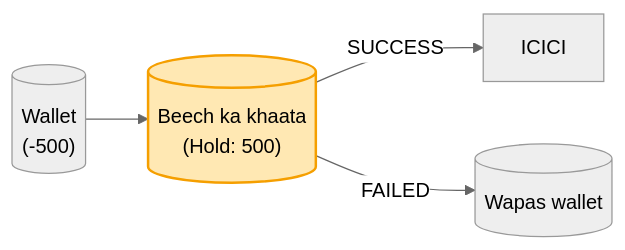
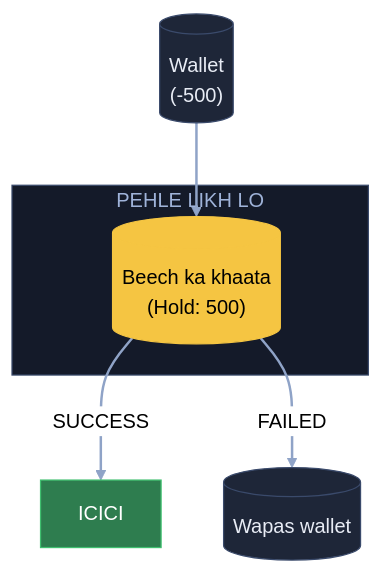
One commit to ArpanMaheshwari144/Prep changed the seventh of 11 diagrams in 04_HLD/SYSTEM_DESIGNS/06_payment_system/06_payment_system.md. Above: the diagram before and after it, drawn with Mermaid (neutral theme). The commit also changed other lines of this file, not shown here.

Commit message:
Payment: 11 diagram YouTube (reel) wale card andaaz me

````diff
--- a/04_HLD/SYSTEM_DESIGNS/06_payment_system/06_payment_system.md
+++ b/04_HLD/SYSTEM_DESIGNS/06_payment_system/06_payment_system.md
@@ -141,7 +204,18 @@
 ```mermaid
-flowchart LR
-    W[("Wallet<br/>(-500)")] --> H[("Beech ka khaata<br/>(Hold: 500)")]
-    H -- "SUCCESS" --> I["ICICI"]
-    H -- "FAILED" --> W2[("Wapas wallet")]
-    style H fill:#ffe8b3,stroke:#f59f00,stroke-width:2px,color:#000
+flowchart TB
+    W[("Wallet<br/>(-500)")]:::card
+    subgraph PL["PEHLE LIKH LO"]
+        H[("Beech ka khaata<br/>(Hold: 500)")]:::pill
+    end
+    I["ICICI"]:::good
+    W2[("Wapas wallet")]:::card
+    W --> H
+    H -- "SUCCESS" --> I
+    H -- "FAILED" --> W2
+    linkStyle default stroke:#8fa3c7,stroke-width:2px
+    classDef card fill:#1e2638,stroke:#3a4a6b,color:#e8ecf5
+    classDef pill fill:#f5c542,stroke:#f5c542,color:#000
+    classDef good fill:#2e7d4f,stroke:#3fbf6f,color:#fff
+    classDef bad fill:#5c1f24,stroke:#e05561,color:#fff
+    style PL fill:#141a29,stroke:#3a4a6b,color:#9fb3d9
 ```
````
